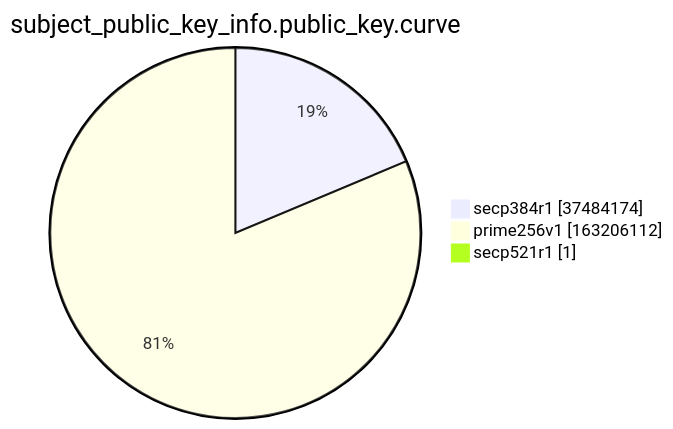
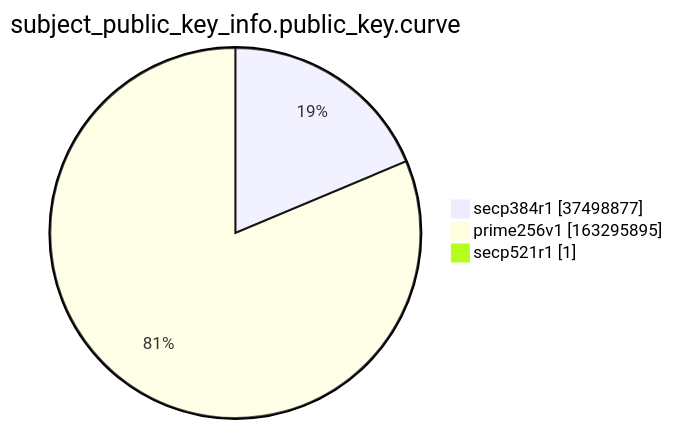
Before and after one commit to christiankrug/ctmonitor_visualization: the ninth of 15 diagrams in argon2022/README.md, drawn with Mermaid. The commit also changed other lines of this file, not shown here.

````diff
--- a/argon2022/README.md
+++ b/argon2022/README.md
@@ -2766,7 +2766,7 @@
 ```mermaid
 pie showData
 title subject_public_key_info.public_key.curve
-"secp384r1" :37484174
-"prime256v1" :163206112
+"secp384r1" :37498877
+"prime256v1" :163295895
 "secp521r1" :1
 ```
````
